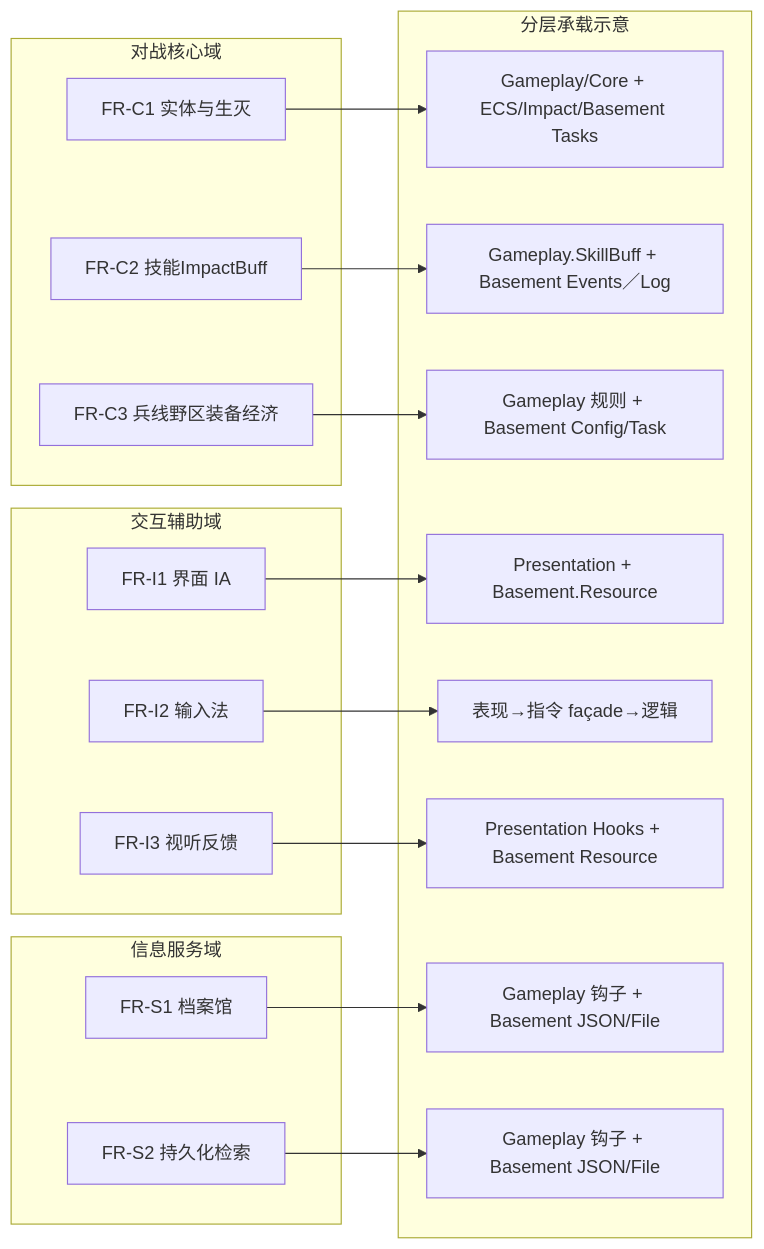
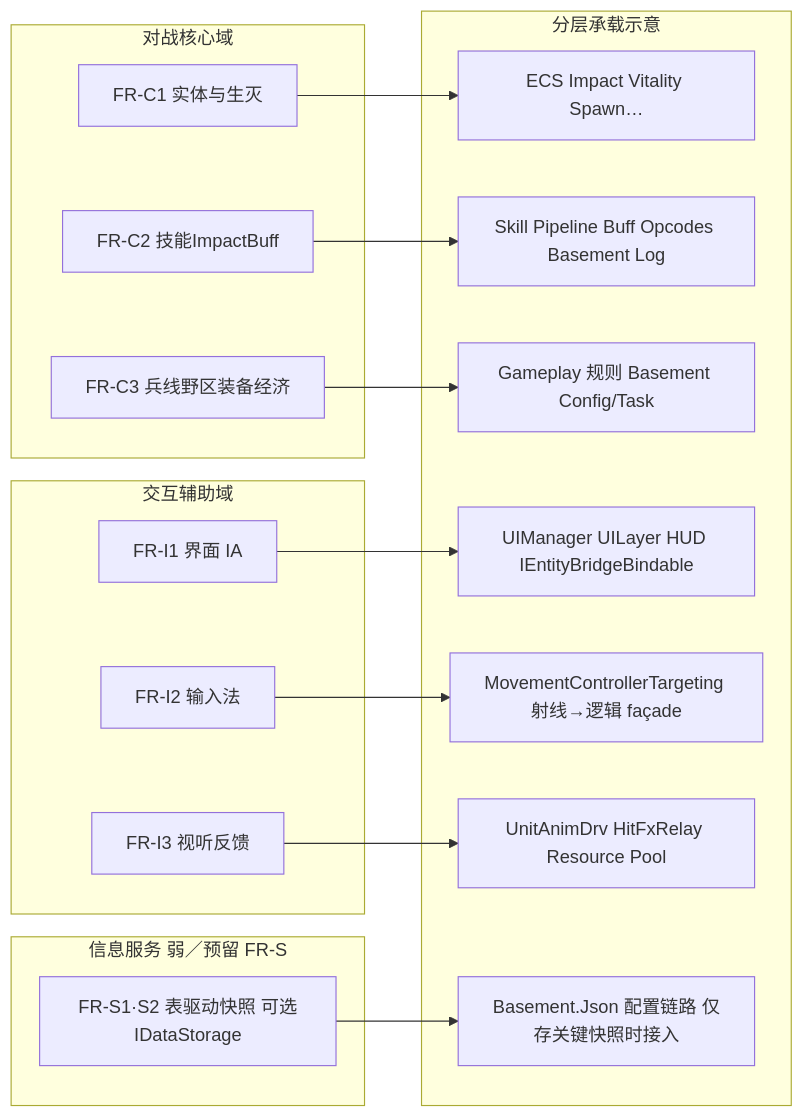
Before and after one commit to OrangeFruitTea/Unity-LOL-Like-AtkBuff-GameSystem: the second of 2 diagrams in Assets/_Project/Code/DesignDocuments/endings/学士学位论文-第二章需求分析与总体设计.md, drawn with Mermaid. The commit also changed other lines of this file and 12 other files, not shown here.

````diff
--- a/Assets/_Project/Code/DesignDocuments/endings/学士学位论文-第二章需求分析与总体设计.md
+++ b/Assets/_Project/Code/DesignDocuments/endings/学士学位论文-第二章需求分析与总体设计.md
@@ -153,35 +161,32 @@
 ```mermaid
 flowchart LR
   subgraph Combat["对战核心域"]
     C1["FR-C1 实体与生灭"]
     C2["FR-C2 技能ImpactBuff"]
     C3["FR-C3 兵线野区装备经济"]
   end
   subgraph Interact["交互辅助域"]
     I1["FR-I1 界面 IA"]
     I2["FR-I2 输入法"]
     I3["FR-I3 视听反馈"]
   end
-  subgraph Infosrv["信息服务域"]
-    S1["FR-S1 档案馆"]
-    S2["FR-S2 持久化检索"]
+  subgraph Infosrv["信息服务 弱／预留 FR-S"]
+    S["FR-S1·S2 表驱动快照 可选IDataStorage"]
   end
   subgraph Arch["分层承载示意"]
-    A1["Gameplay/Core + ECS/Impact/Basement Tasks"]
-    A2["Gameplay.SkillBuff + Basement Events／Log"]
-    A3["Gameplay 规则 + Basement Config/Task"]
-    A4["Presentation + Basement.Resource"]
-    A5["表现→指令 façade→逻辑"]
-    A6["Presentation Hooks + Basement Resource"]
-    A7["Gameplay 钩子 + Basement JSON/File"]
-    A8["Gameplay 钩子 + Basement JSON/File"]
+    A1["ECS Impact Vitality Spawn…"]
+    A2["Skill Pipeline Buff Opcodes Basement Log"]
+    A3["Gameplay 规则 Basement Config/Task"]
+    A4["UIManager UILayer HUD IEntityBridgeBindable"]
+    A5["MovementControllerTargeting 射线→逻辑 façade"]
+    A6["UnitAnimDrv HitFxRelay Resource Pool"]
+    A7["Basement.Json 配置链路 仅存关键快照时接入"]
   end
   C1 --> A1
   C2 --> A2
   C3 --> A3
   I1 --> A4
   I2 --> A5
   I3 --> A6
-  S1 --> A7
-  S2 --> A8
+  S --> A7
 ```
````
